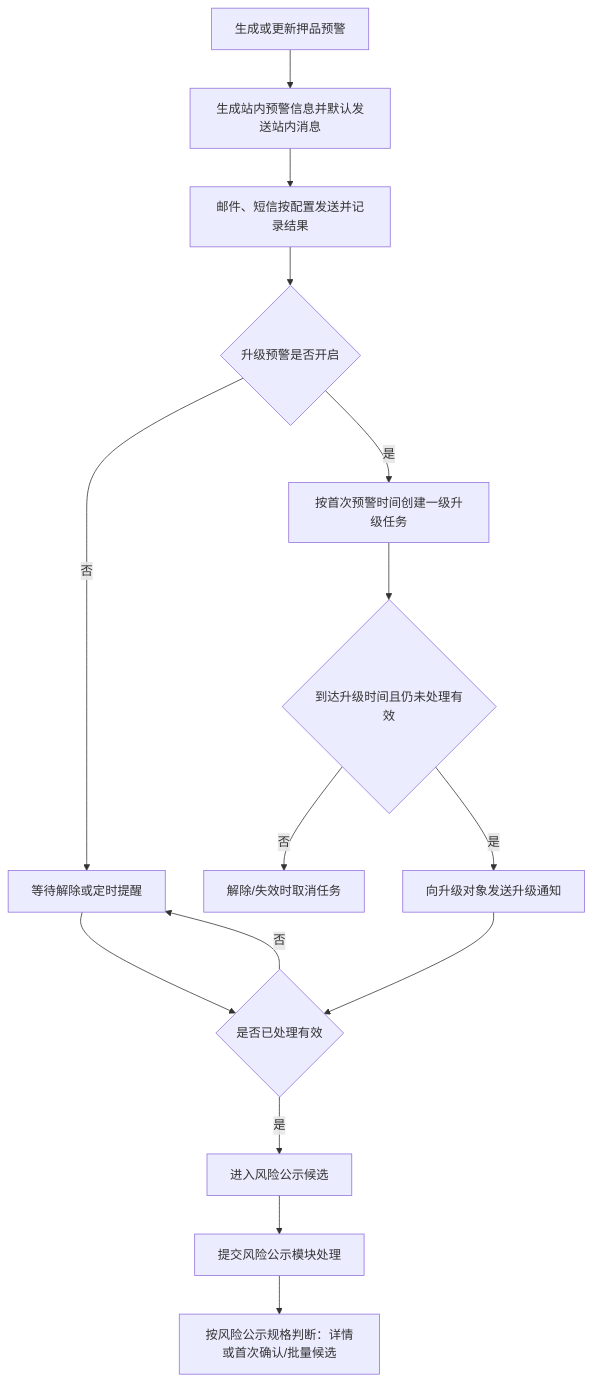
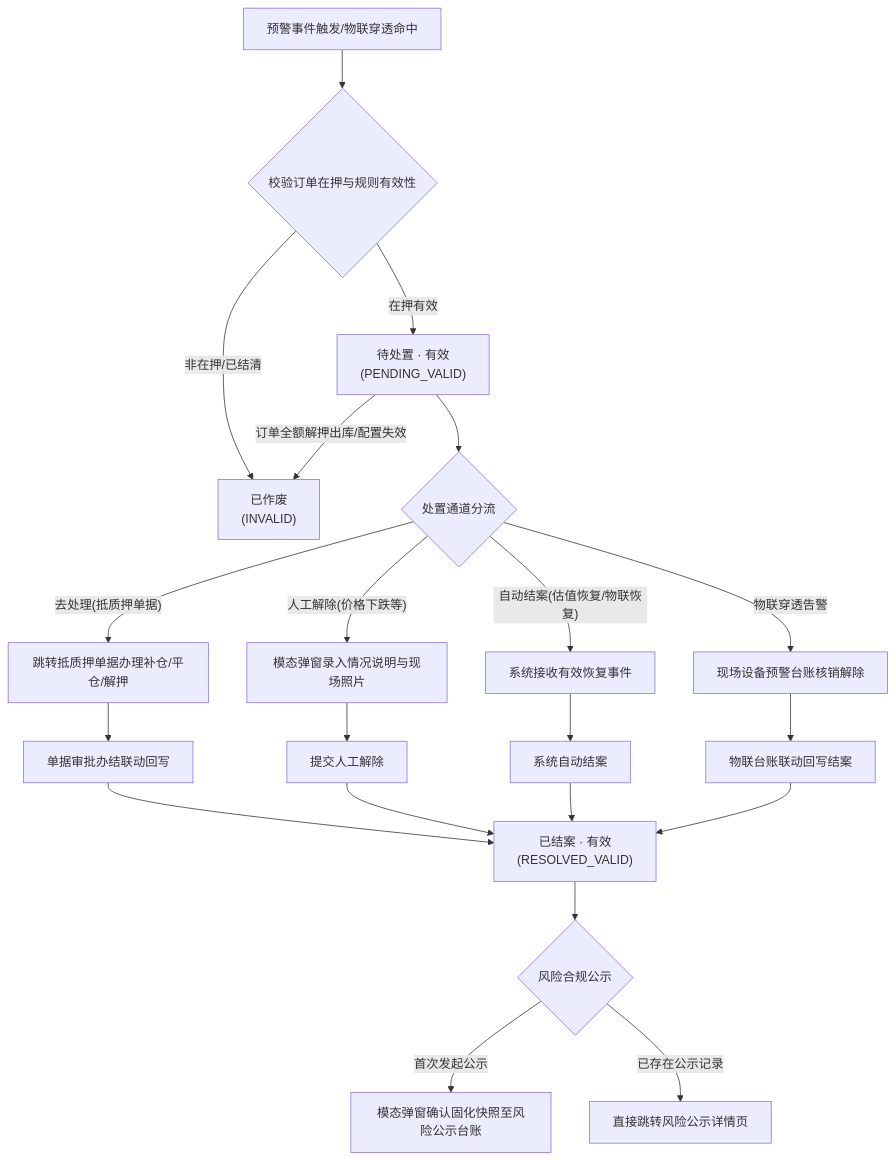
One commit to RobertHuang999/SYZC changed the diagram in 02-PRD文档/🌟🌟🌟-最新基准版/B端PC/05-风控/06-风险信息-押品预警信息/押品预警信息业务规则规格.md. Above: the diagram before and after it, drawn with Mermaid. The commit also changed other lines of this file and 264 other files, not shown here.

````diff
--- a/02-PRD文档/🌟🌟🌟-最新基准版/B端PC/05-风控/06-风险信息-押品预警信息/押品预警信息业务规则规格.md
+++ b/02-PRD文档/🌟🌟🌟-最新基准版/B端PC/05-风控/06-风险信息-押品预警信息/押品预警信息业务规则规格.md
@@ -311,17 +34,27 @@
 ```mermaid
 flowchart TD
-    A[生成或更新押品预警] --> B[生成站内预警信息并默认发送站内消息]
-    B --> C[邮件、短信按配置发送并记录结果]
-    C --> D{升级预警是否开启}
-    D -- 否 --> E[等待解除或定时提醒]
-    D -- 是 --> F[按首次预警时间创建一级升级任务]
-    F --> G{到达升级时间且仍未处理有效}
-    G -- 否 --> H[解除/失效时取消任务]
-    G -- 是 --> I[向升级对象发送升级通知]
-    E --> J{是否已处理有效}
-    I --> J
-    J -- 否 --> E
-    J -- 是 --> K[进入风险公示候选]
-    K --> L[提交风险公示模块处理]
-    L --> M[按风险公示规格判断：详情或首次确认/批量候选]
+    A["预警事件触发/物联穿透命中"] --> B{"校验订单在押与规则有效性"}
+    B -- "在押有效" --> C["待处置 · 有效<br/>(PENDING_VALID)"]
+    B -- "非在押/已结清" --> D["已作废<br/>(INVALID)"]
+
+    C --> E{"处置通道分流"}
+    E -- "去处理(抵质押单据)" --> F["跳转抵质押单据办理补仓/平仓/解押"]
+    E -- "人工解除(价格下跌等)" --> G["模态弹窗录入情况说明与现场照片"]
+    E -- "自动结案(估值恢复/物联恢复)" --> H["系统接收有效恢复事件"]
+    E -- "物联穿透告警" --> I["现场设备预警台账核销解除"]
+
+    F --> J["单据审批办结联动回写"]
+    G --> K["提交人工解除"]
+    H --> L["系统自动结案"]
+    I --> M["物联台账联动回写结案"]
+
+    J --> N["已结案 · 有效<br/>(RESOLVED_VALID)"]
+    K --> N
+    L --> N
+    M --> N
+
+    C -- "订单全额解押出库/配置失效" --> D
+    N --> O{"风险合规公示"}
+    O -- "首次发起公示" --> P["模态弹窗确认固化快照至风险公示台账"]
+    O -- "已存在公示记录" --> Q["直接跳转风险公示详情页"]
 ```
````
